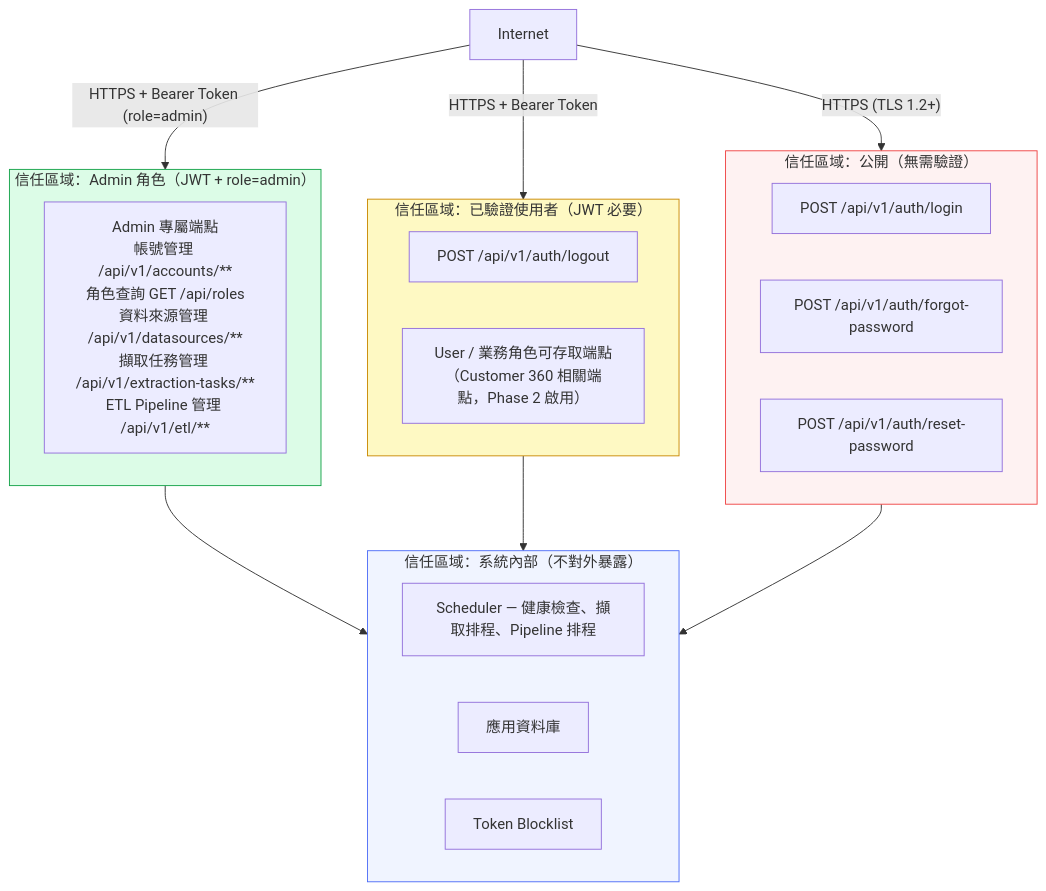
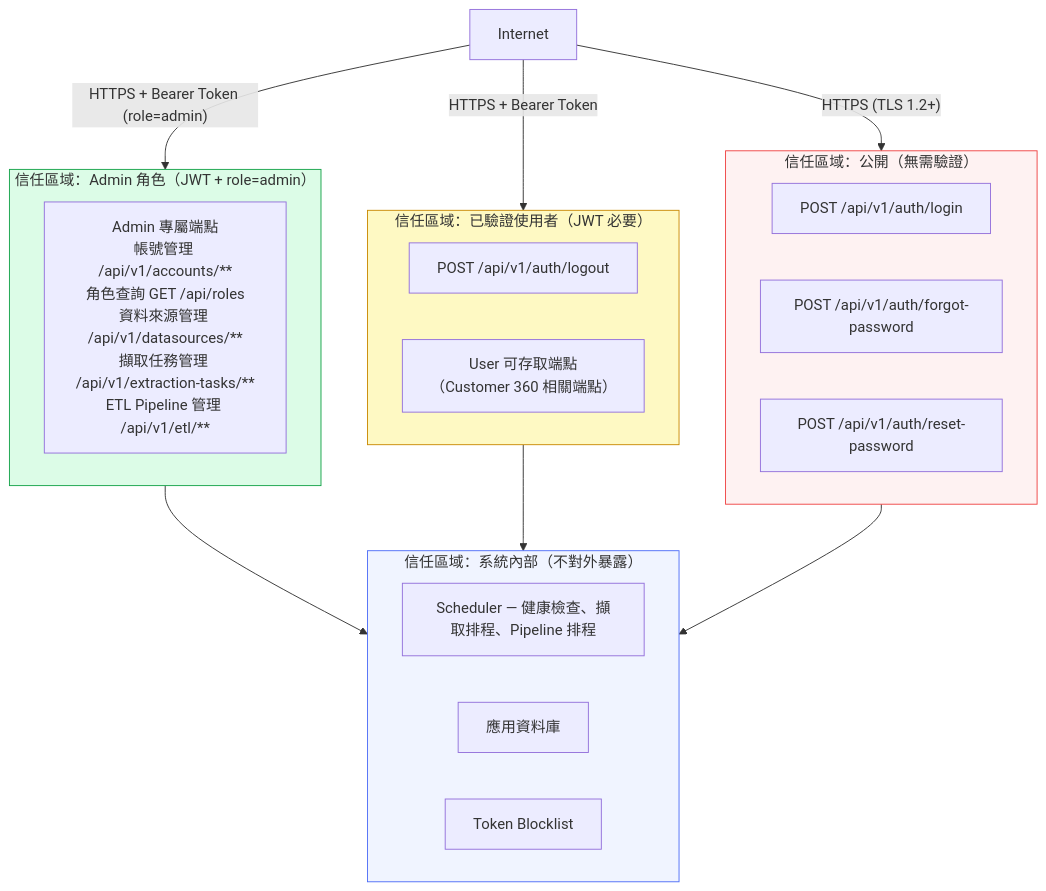
The third of 17 diagrams in docs/specs/architecture-spec.md (wisewhalesoft/cdmp-mvp), drawn with Mermaid before and after one commit. The commit also changed other lines of this file and 16 other files, not shown here.

````diff
--- a/docs/specs/architecture-spec.md
+++ b/docs/specs/architecture-spec.md
@@ -165,39 +165,39 @@
 ```mermaid
 graph TB
     subgraph TZ_Public["信任區域：公開（無需驗證）"]
         Login["POST /api/v1/auth/login"]
         ForgotPw["POST /api/v1/auth/forgot-password"]
         ResetPw["POST /api/v1/auth/reset-password"]
     end
 
     subgraph TZ_Auth["信任區域：已驗證使用者（JWT 必要）"]
         Logout["POST /api/v1/auth/logout"]
-        UserEndpoints["User / 業務角色可存取端點<br/>（Customer 360 相關端點，Phase 2 啟用）"]
+        UserEndpoints["User 可存取端點<br/>（Customer 360 相關端點）"]
     end
 
     subgraph TZ_Admin["信任區域：Admin 角色（JWT + role=admin）"]
         AdminEndpoints["Admin 專屬端點<br/>帳號管理 /api/v1/accounts/**<br/>角色查詢 GET /api/roles<br/>資料來源管理 /api/v1/datasources/**<br/>擷取任務管理 /api/v1/extraction-tasks/**<br/>ETL Pipeline 管理 /api/v1/etl/**"]
     end
 
     subgraph TZ_Internal["信任區域：系統內部（不對外暴露）"]
         Scheduler["Scheduler — 健康檢查、擷取排程、Pipeline 排程"]
         DB["應用資料庫"]
         TokenStore["Token Blocklist"]
     end
 
     Internet -->|"HTTPS (TLS 1.2+)"| TZ_Public
     Internet -->|"HTTPS + Bearer Token"| TZ_Auth
     Internet -->|"HTTPS + Bearer Token (role=admin)"| TZ_Admin
     TZ_Admin --> TZ_Internal
     TZ_Auth --> TZ_Internal
     TZ_Public --> TZ_Internal
 
     classDef public fill:#fef2f2,stroke:#ef4444
     classDef auth fill:#fef9c3,stroke:#ca8a04
     classDef admin fill:#dcfce7,stroke:#16a34a
     classDef internal fill:#f0f4ff,stroke:#4f6ef7
     class TZ_Public public
     class TZ_Auth auth
     class TZ_Admin admin
     class TZ_Internal internal
 ```
````
